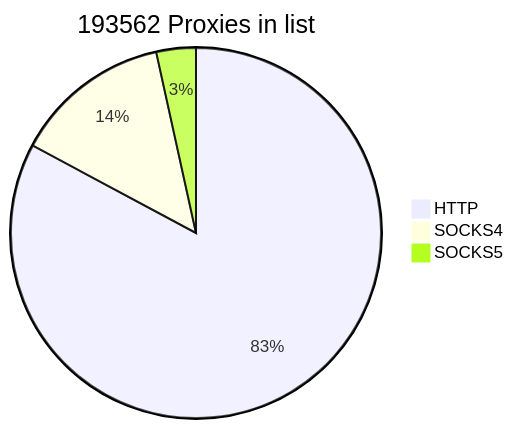
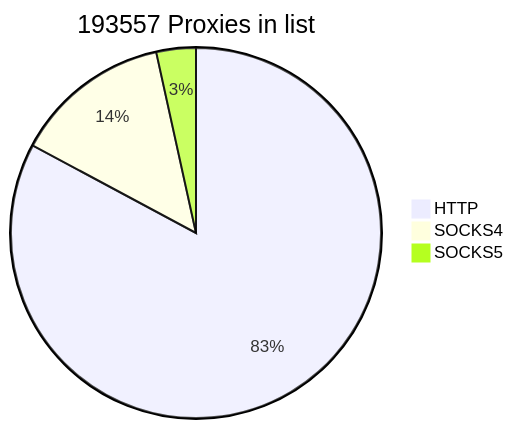
Before and after one commit to cutipu/proxylist: the first of 2 diagrams in README.md, drawn with Mermaid. The commit also changed other lines of this file, not shown here.

````diff
--- a/README.md
+++ b/README.md
@@ -2,7 +2,7 @@
 ```mermaid
-pie title 193562 Proxies in list
-    "HTTP" : 160331
-    "SOCKS4" : 26556
+pie title 193557 Proxies in list
+    "HTTP" : 160333
+    "SOCKS4" : 26549
     "SOCKS5" : 6675
             
 ```
````
